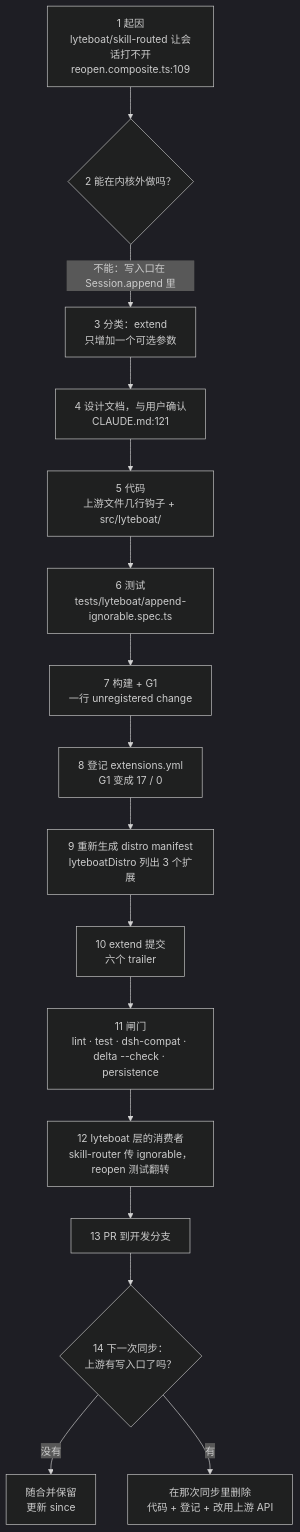
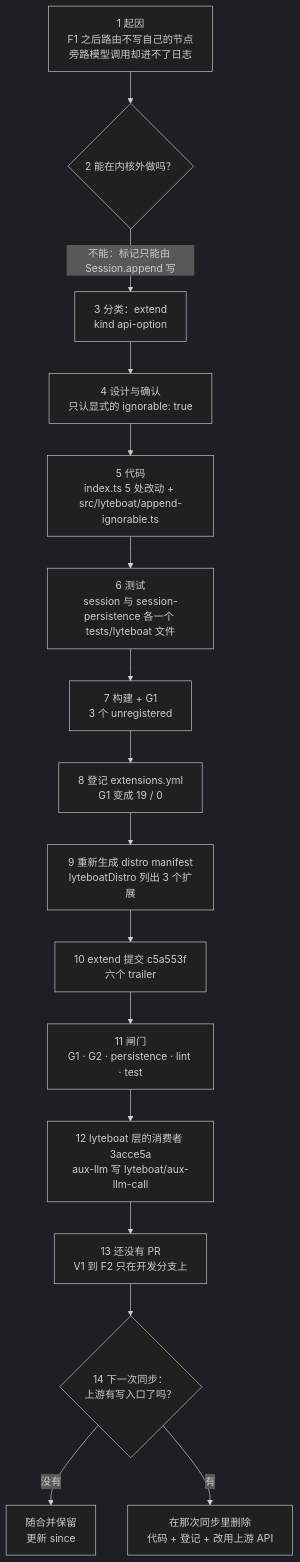
One commit to lyteboat/boat changed diagram 13 of 13 in docs/02-distribution.md. Above: the diagram before and after it, drawn with Mermaid (dark theme). The commit also changed other lines of this file and 5 other files, not shown here.

````diff
--- a/docs/02-distribution.md
+++ b/docs/02-distribution.md
@@ -1653,18 +1685,18 @@
 ```mermaid
 flowchart TB
-  A["1 起因<br/>lyteboat/skill-routed 让会话打不开<br/>reopen.composite.ts:109"] --> B{"2 能在内核外做吗？"}
-  B -->|"不能：写入口在 Session.append 里"| C["3 分类：extend<br/>只增加一个可选参数"]
-  C --> D["4 设计文档，与用户确认<br/>CLAUDE.md:121"]
-  D --> E["5 代码<br/>上游文件几行钩子 + src/lyteboat/"]
-  E --> F["6 测试<br/>tests/lyteboat/append-ignorable.spec.ts"]
-  F --> G["7 构建 + G1<br/>一行 unregistered change"]
-  G --> H["8 登记 extensions.yml<br/>G1 变成 17 / 0"]
+  A["1 起因<br/>F1 之后路由不写自己的节点<br/>旁路模型调用却进不了日志"] --> B{"2 能在内核外做吗？"}
+  B -->|"不能：标记只能由 Session.append 写"| C["3 分类：extend<br/>kind api-option"]
+  C --> D["4 设计与确认<br/>只认显式的 ignorable: true"]
+  D --> E["5 代码<br/>index.ts 5 处改动 + src/lyteboat/append-ignorable.ts"]
+  E --> F["6 测试<br/>session 与 session-persistence 各一个 tests/lyteboat 文件"]
+  F --> G["7 构建 + G1<br/>3 个 unregistered"]
+  G --> H["8 登记 extensions.yml<br/>G1 变成 19 / 0"]
   H --> I["9 重新生成 distro manifest<br/>lyteboatDistro 列出 3 个扩展"]
-  I --> J["10 extend 提交<br/>六个 trailer"]
-  J --> K["11 闸门<br/>lint · test · dsh-compat · delta --check · persistence"]
-  K --> L["12 lyteboat 层的消费者<br/>skill-router 传 ignorable，reopen 测试翻转"]
-  L --> M["13 PR 到开发分支"]
+  I --> J["10 extend 提交 c5a553f<br/>六个 trailer"]
+  J --> K["11 闸门<br/>G1 · G2 · persistence · lint · test"]
+  K --> L["12 lyteboat 层的消费者 3acce5a<br/>aux-llm 写 lyteboat/aux-llm-call"]
+  L --> M["13 还没有 PR<br/>V1 到 F2 只在开发分支上"]
   M --> N{"14 下一次同步：<br/>上游有写入口了吗？"}
   N -->|"没有"| O["随合并保留<br/>更新 since"]
   N -->|"有"| P["在那次同步里删除<br/>代码 + 登记 + 改用上游 API"]
 ```
````
